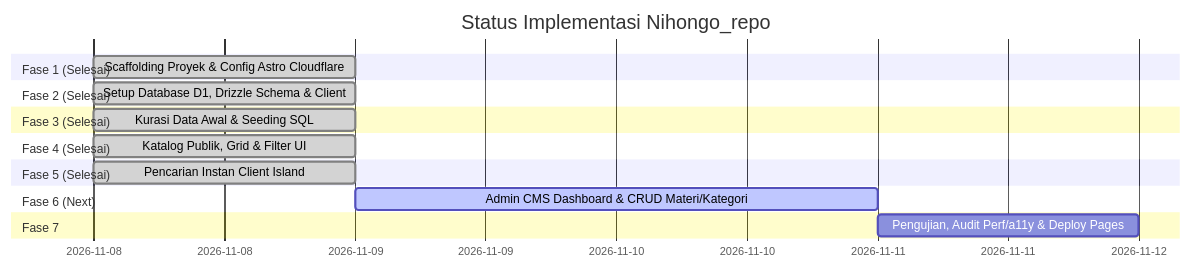
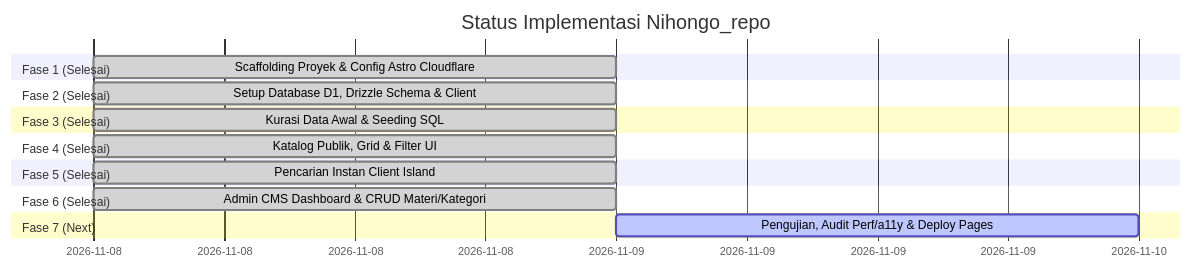
One commit to cirilalacture/Nihongo-Repo changed the diagram in doc/IMPLEMENTATION_PLAN.md. Above: the diagram before and after it, drawn with Mermaid. The commit also changed other lines of this file and 11 other files, not shown here.

Commit message:
feat: complete Phase 6 Admin CMS with auth middleware, dashboard overview, materials CRUD, and category management

````diff
--- a/doc/IMPLEMENTATION_PLAN.md
+++ b/doc/IMPLEMENTATION_PLAN.md
@@ -18,19 +18,19 @@
 ```mermaid
 gantt
     title Status Implementasi Nihongo_repo
     dateFormat  YYYY-MM-DD
     section Fase 1 (Selesai)
     Scaffolding Proyek & Config Astro Cloudflare :done, f1, 2026-11-08, 1d
     section Fase 2 (Selesai)
     Setup Database D1, Drizzle Schema & Client   :done, f2, 2026-11-08, 1d
     section Fase 3 (Selesai)
     Kurasi Data Awal & Seeding SQL                :done, f3, 2026-11-08, 1d
     section Fase 4 (Selesai)
     Katalog Publik, Grid & Filter UI             :done, f4, 2026-11-08, 1d
     section Fase 5 (Selesai)
     Pencarian Instan Client Island               :done, f5, 2026-11-08, 1d
-    section Fase 6 (Next)
-    Admin CMS Dashboard & CRUD Materi/Kategori   :active, f6, 2026-11-09, 2d
-    section Fase 7
-    Pengujian, Audit Perf/a11y & Deploy Pages    :f7, after f6, 1d
+    section Fase 6 (Selesai)
+    Admin CMS Dashboard & CRUD Materi/Kategori   :done, f6, 2026-11-08, 1d
+    section Fase 7 (Next)
+    Pengujian, Audit Perf/a11y & Deploy Pages    :active, f7, 2026-11-09, 1d
 ```
````
